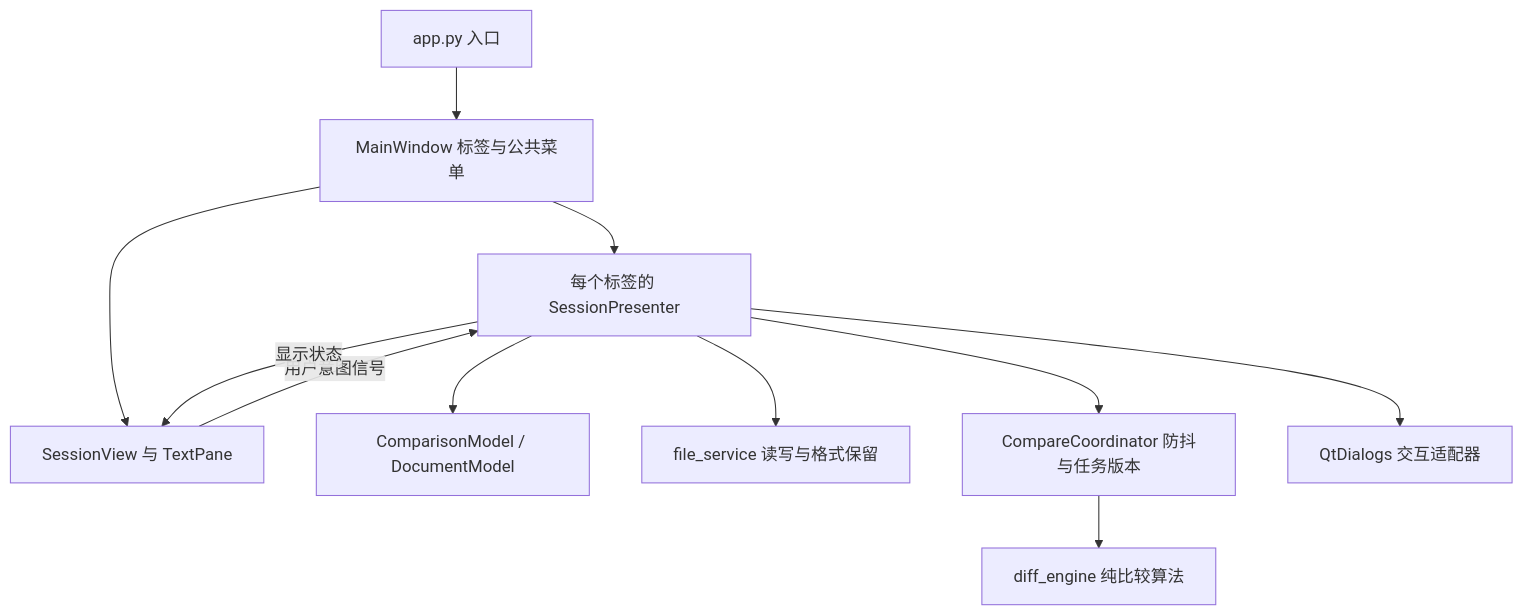
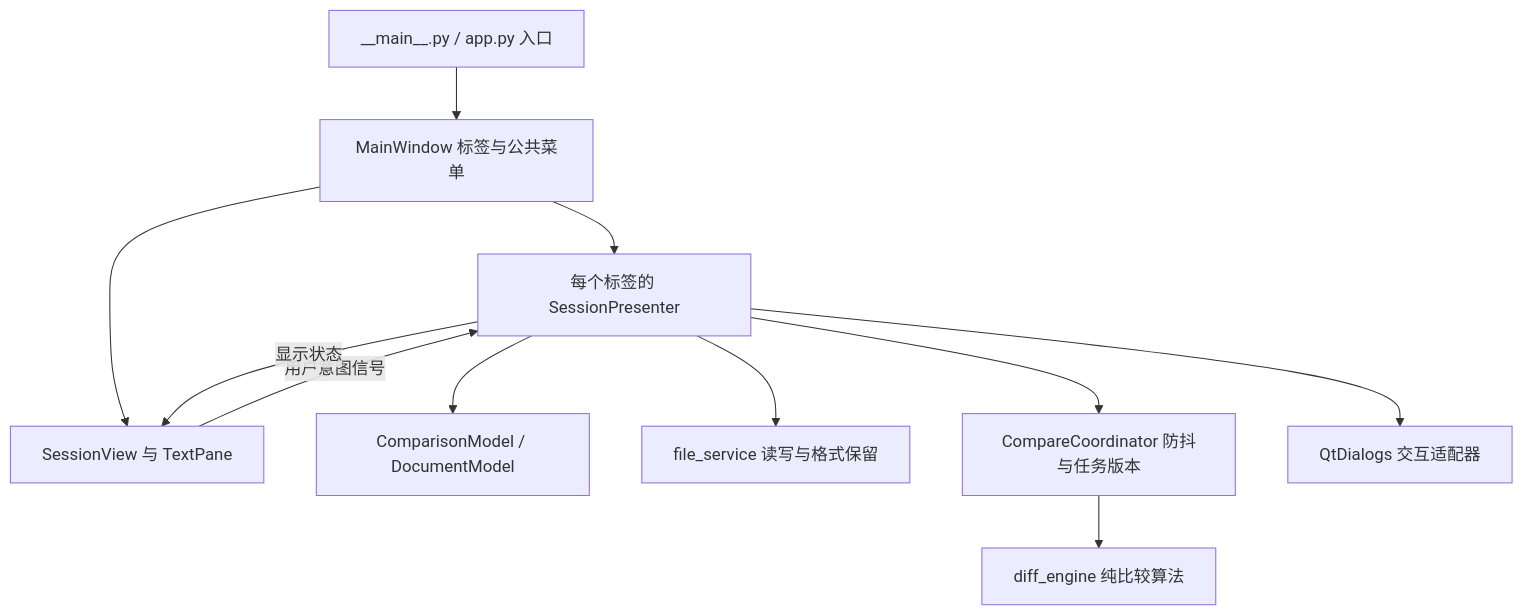
The diagram in docs/ARCHITECTURE.md (XinhaoLiu94/EasyTextDiff), drawn with Mermaid before and after one commit. The commit also changed other lines of this file and 42 other files, not shown here.

````diff
--- a/docs/ARCHITECTURE.md
+++ b/docs/ARCHITECTURE.md
@@ -9,13 +11,13 @@
 ```mermaid
 flowchart TD
-    Entry[app.py 入口] --> Shell[MainWindow 标签与公共菜单]
+    Entry[__main__.py / app.py 入口] --> Shell[MainWindow 标签与公共菜单]
     Shell --> Presenter[每个标签的 SessionPresenter]
     Shell --> View[SessionView 与 TextPane]
     View -- 用户意图信号 --> Presenter
     Presenter -- 显示状态 --> View
     Presenter --> Model[ComparisonModel / DocumentModel]
     Presenter --> Files[file_service 读写与格式保留]
     Presenter --> Tasks[CompareCoordinator 防抖与任务版本]
     Tasks --> Engine[diff_engine 纯比较算法]
     Presenter --> Dialogs[QtDialogs 交互适配器]
 ```
````
